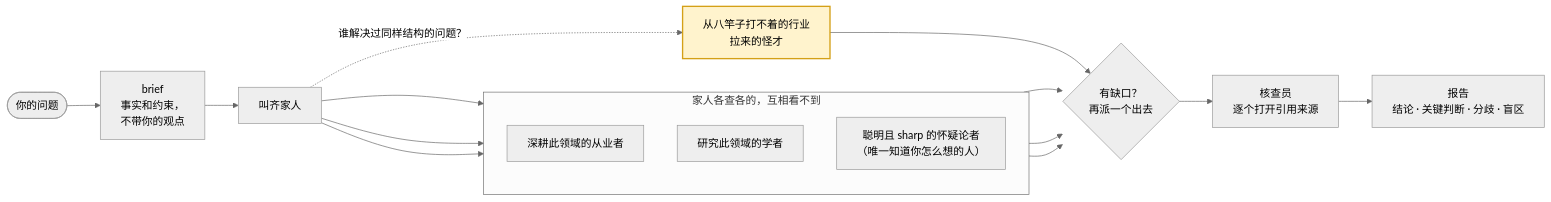
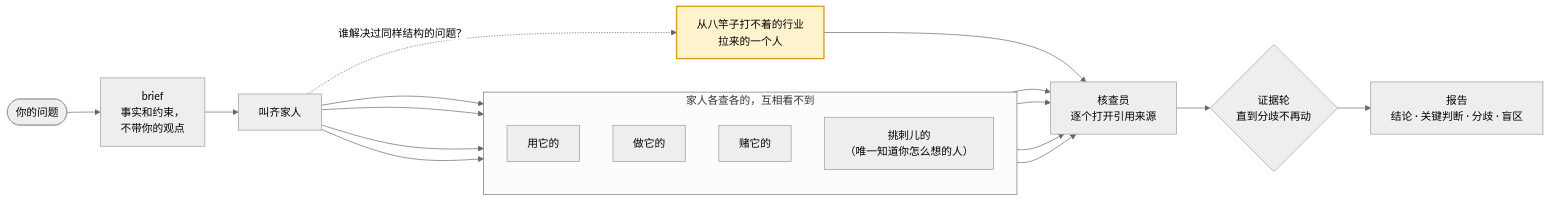
One commit to xhyumiracle/family-skill changed the diagram in README.zh-CN.md. Above: the diagram before and after it, drawn with Mermaid (neutral theme). The commit also changed 4 other files, not shown here.

Commit message:
0.4.2: description and diagrams match the 0.4 family

````diff
--- a/README.zh-CN.md
+++ b/README.zh-CN.md
@@ -15,18 +15,19 @@
 ```mermaid
 flowchart LR
   Q([你的问题]) --> B["brief<br/>事实和约束，<br/>不带你的观点"]
   B --> C["叫齐家人"]
   subgraph crew ["家人各查各的，互相看不到"]
     direction TB
-    S1["深耕此领域的从业者"]
-    S2["研究此领域的学者"]
-    S4["聪明且 sharp 的怀疑论者<br/>（唯一知道你怎么想的人）"]
+    S1["用它的"]
+    S2["做它的"]
+    S3["赌它的"]
+    S4["挑刺儿的<br/>（唯一知道你怎么想的人）"]
   end
-  O["从八竿子打不着的行业<br/>拉来的怪才"]:::far
-  C --> S1 & S2 & S4
+  O["从八竿子打不着的行业<br/>拉来的一个人"]:::far
+  C --> S1 & S2 & S3 & S4
   C -. "谁解决过同样结构的问题？" .-> O
-  S1 & S2 & S4 & O --> G{"有缺口？<br/>再派一个出去"}
-  G --> V["核查员<br/>逐个打开引用来源"]
-  V --> R["报告<br/>结论 · 关键判断 · 分歧 · 盲区"]
+  S1 & S2 & S3 & S4 & O --> V["核查员<br/>逐个打开引用来源"]
+  V --> E{"证据轮<br/>直到分歧不再动"}
+  E --> R["报告<br/>结论 · 关键判断 · 分歧 · 盲区"]
   classDef far fill:#fff3cd,stroke:#d4a017,stroke-width:2px
 ```
````
